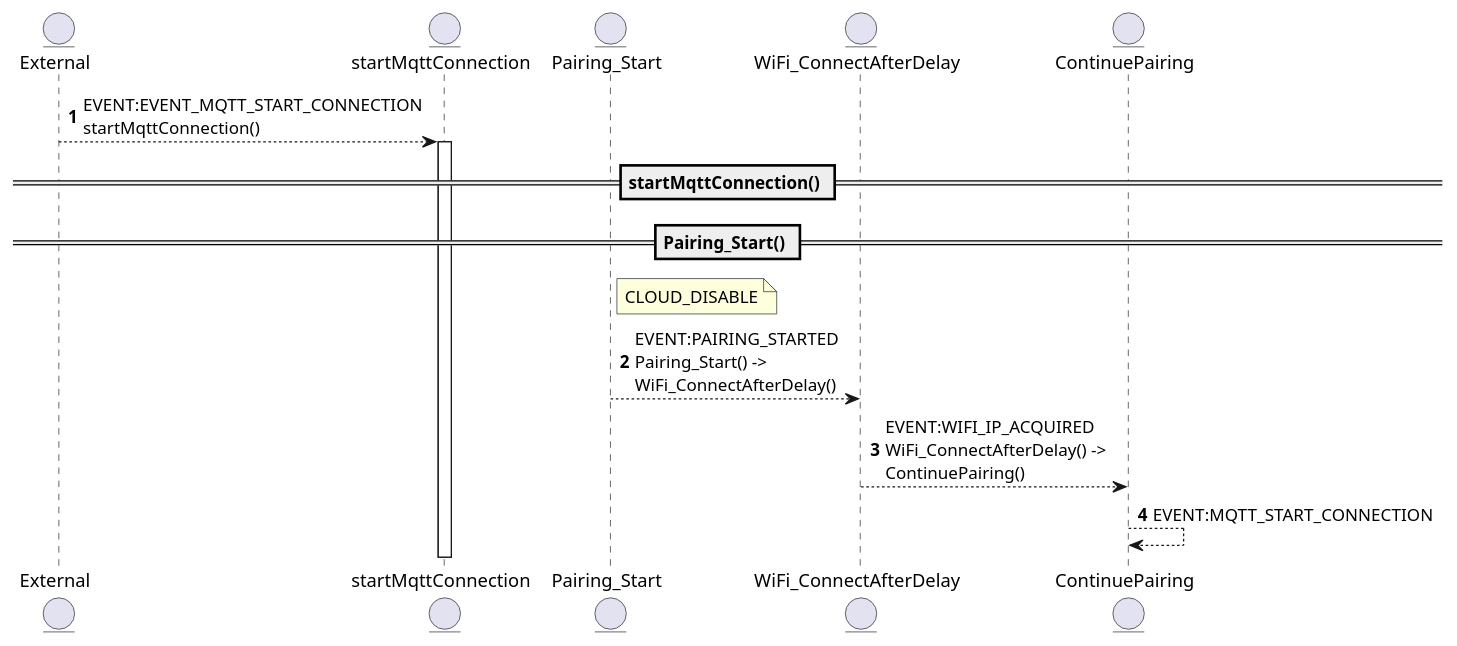
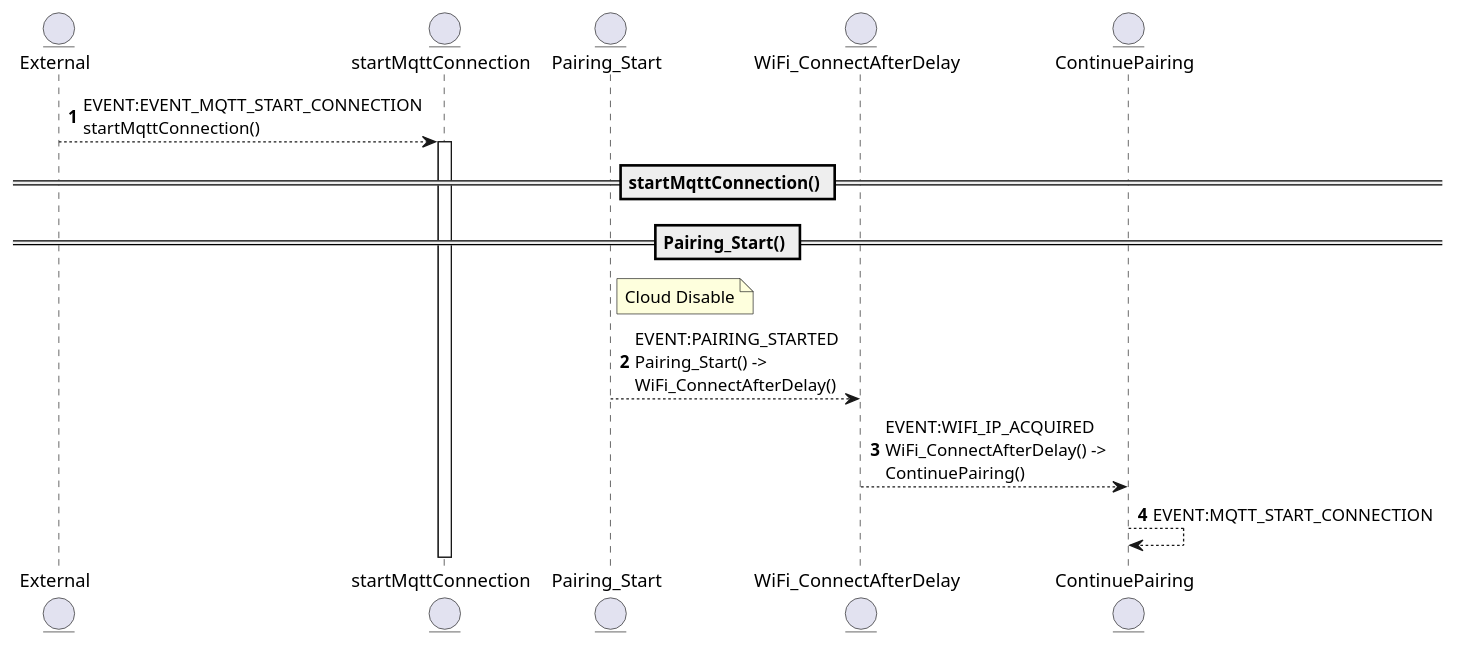
Before and after one commit to tvanfossen/doxygen-guard: the diagram in docs/generated/sequences/REQ-0252.puml, drawn with PlantUML. The commit also changed 20 other files, not shown here.

```diff
--- a/docs/generated/sequences/REQ-0252.puml
+++ b/docs/generated/sequences/REQ-0252.puml
@@ -1,25 +1,25 @@
 @startuml REQ-0252
 autonumber
 skinparam maxMessageSize 200
 skinparam responseMessageBelowArrow true
 
 entity "External" as External
 entity "startMqttConnection" as startMqttConnection
 entity "Pairing_Start" as Pairing_Start
 entity "WiFi_ConnectAfterDelay" as WiFi_ConnectAfterDelay
 entity "ContinuePairing" as ContinuePairing
 
 box "System" #LightBlue
 end box
 
 
 External --> startMqttConnection: EVENT:EVENT_MQTT_START_CONNECTION\nstartMqttConnection()
 activate startMqttConnection
 == startMqttConnection() ==
 == Pairing_Start() ==
-note right of Pairing_Start: CLOUD_DISABLE
+note right of Pairing_Start: Cloud Disable
 Pairing_Start --> WiFi_ConnectAfterDelay: EVENT:PAIRING_STARTED\nPairing_Start() -> WiFi_ConnectAfterDelay()
 WiFi_ConnectAfterDelay --> ContinuePairing: EVENT:WIFI_IP_ACQUIRED\nWiFi_ConnectAfterDelay() -> ContinuePairing()
 ContinuePairing --> ContinuePairing: EVENT:MQTT_START_CONNECTION
 
 @enduml
```
